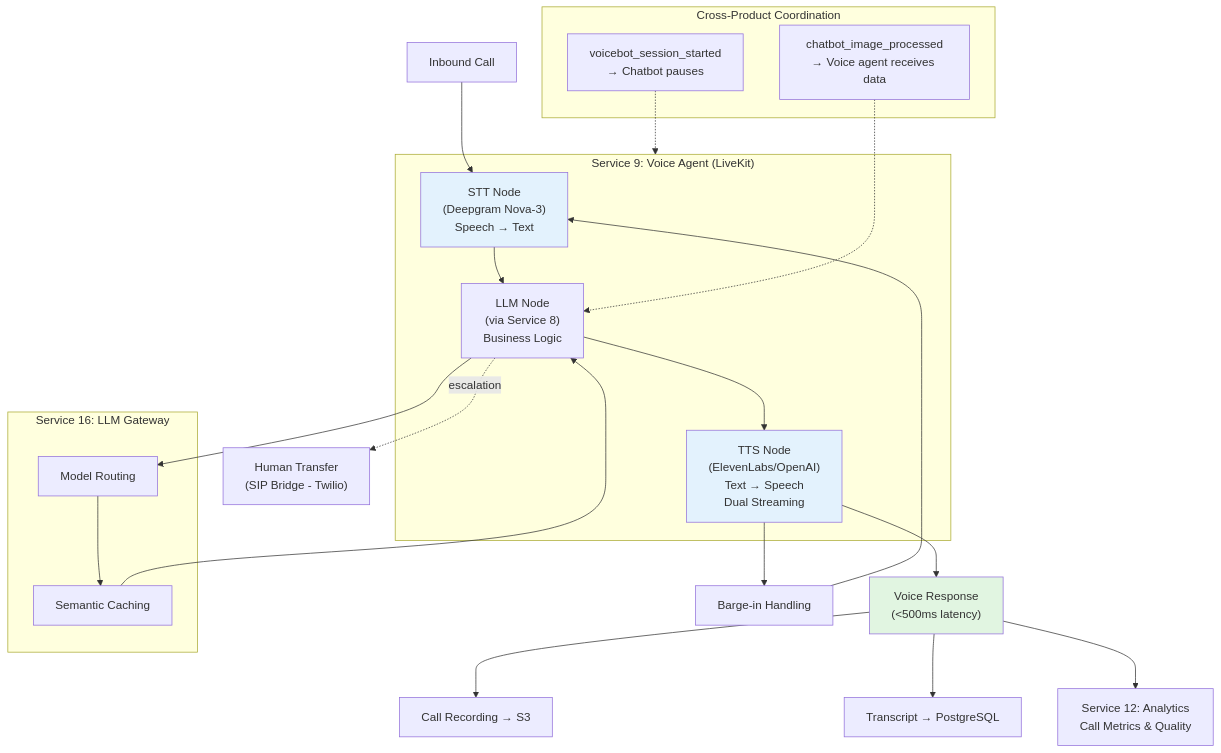
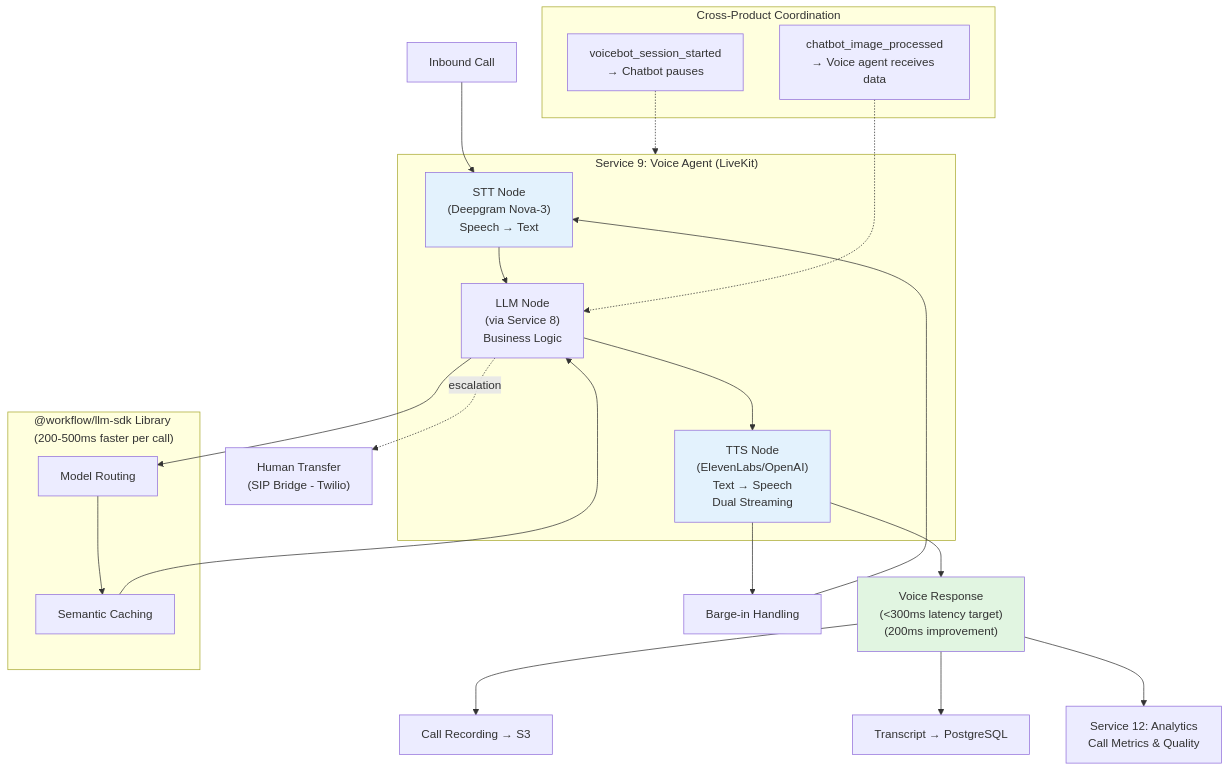
Before and after one commit to pupiltree/workflow-automation: the seventh of 13 diagrams in docs/workflows/WORKFLOW_DIAGRAMS.md, drawn with Mermaid. The commit also changed other lines of this file and 1 other file, not shown here.

````diff
--- a/docs/workflows/WORKFLOW_DIAGRAMS.md
+++ b/docs/workflows/WORKFLOW_DIAGRAMS.md
@@ -337,50 +333,50 @@
 ```mermaid
 flowchart TB
     Call["Inbound Call"]
 
     subgraph Service9["Service 9: Voice Agent (LiveKit)"]
         STT["STT Node<br/>(Deepgram Nova-3)<br/>Speech → Text"]
         LLM["LLM Node<br/>(via Service 8)<br/>Business Logic"]
         TTS["TTS Node<br/>(ElevenLabs/OpenAI)<br/>Text → Speech<br/>Dual Streaming"]
     end
 
-    subgraph Service16["Service 16: LLM Gateway"]
+    subgraph LLMSDK["@workflow/llm-sdk Library<br/>(200-500ms faster per call)"]
         Route["Model Routing"]
         Cache["Semantic Caching"]
     end
 
     subgraph CrossProduct["Cross-Product Coordination"]
         ChatbotPause["voicebot_session_started<br/>→ Chatbot pauses"]
         ImageShare["chatbot_image_processed<br/>→ Voice agent receives data"]
     end
 
     Interrupt["Barge-in Handling"]
     Transfer["Human Transfer<br/>(SIP Bridge - Twilio)"]
-    Response["Voice Response<br/>(<500ms latency)"]
+    Response["Voice Response<br/>(<300ms latency target)<br/>(200ms improvement)"]
 
     Recording["Call Recording → S3"]
     Transcript["Transcript → PostgreSQL"]
 
     Analytics["Service 12: Analytics<br/>Call Metrics & Quality"]
 
     Call --> STT
     STT --> LLM
     LLM --> Route
     Route --> Cache
     Cache --> LLM
     LLM --> TTS
     TTS --> Interrupt
     TTS --> Response
     Interrupt --> STT
     LLM -.->|escalation| Transfer
     Response --> Recording
     Response --> Transcript
     Response --> Analytics
 
     ChatbotPause -.-> Service9
     ImageShare -.-> LLM
 
     style STT fill:#e3f2fd
     style TTS fill:#e3f2fd
     style Response fill:#e1f5e1
 ```
````
